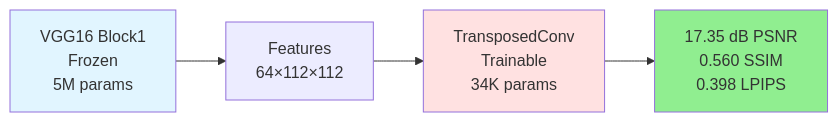
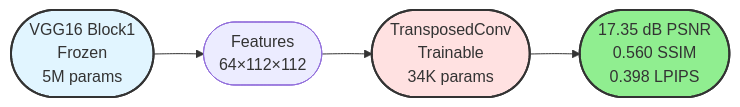
The eighth of 9 diagrams in methodology.md (DanicaBlazanovic/CAP6415_F25_project_Input_Image_Reconstruction_from_Features), drawn with Mermaid before and after one commit. The commit also changed other lines of this file, not shown here.

````diff
--- a/methodology.md
+++ b/methodology.md
@@ -216,10 +220,10 @@
 ```mermaid
 graph LR
-    A[VGG16 Block1<br/>Frozen<br/>5M params] --> B[Features<br/>64×112×112]
-    B --> C[TransposedConv<br/>Trainable<br/>34K params]
-    C --> D[17.35 dB PSNR<br/>0.560 SSIM<br/>0.398 LPIPS]
+    A([VGG16 Block1<br/>Frozen<br/>5M params]) --> B([Features<br/>64×112×112])
+    B --> C([TransposedConv<br/>Trainable<br/>34K params])
+    C --> D([17.35 dB PSNR<br/>0.560 SSIM<br/>0.398 LPIPS])
     
-    style A fill:#e1f5ff
-    style C fill:#ffe1e1
-    style D fill:#90EE90
+    style A fill:#e1f5ff,stroke:#333,stroke-width:2px
+    style C fill:#ffe1e1,stroke:#333,stroke-width:2px
+    style D fill:#90EE90,stroke:#333,stroke-width:2px
 ```
````
